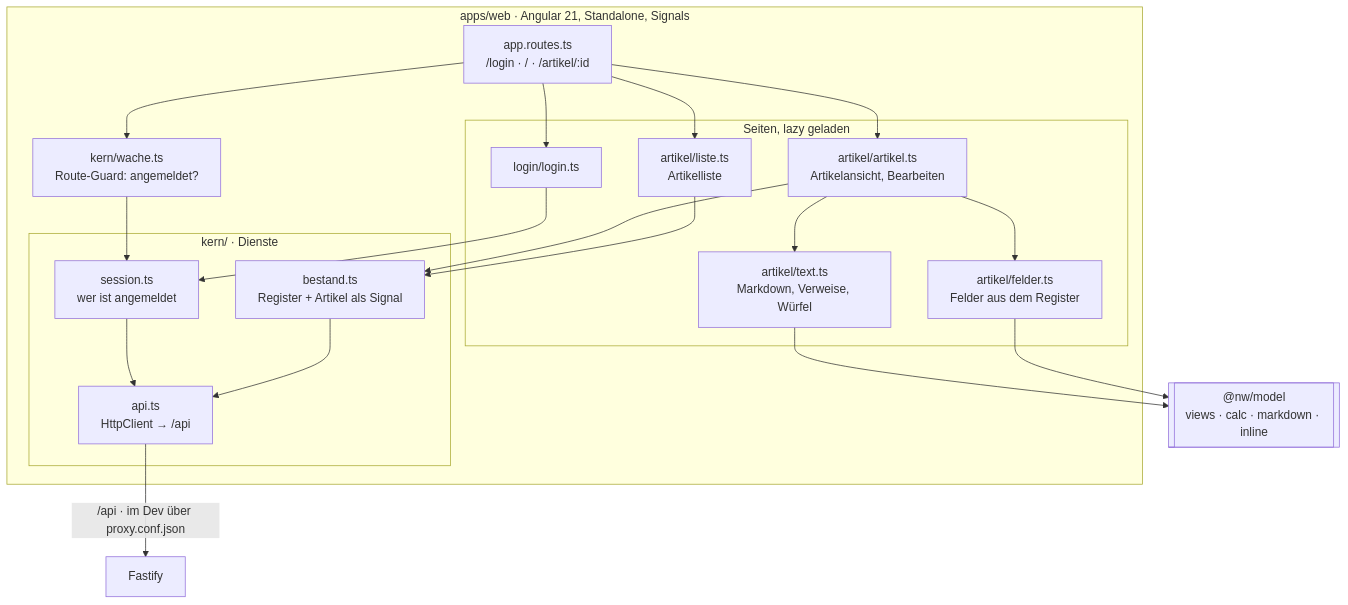
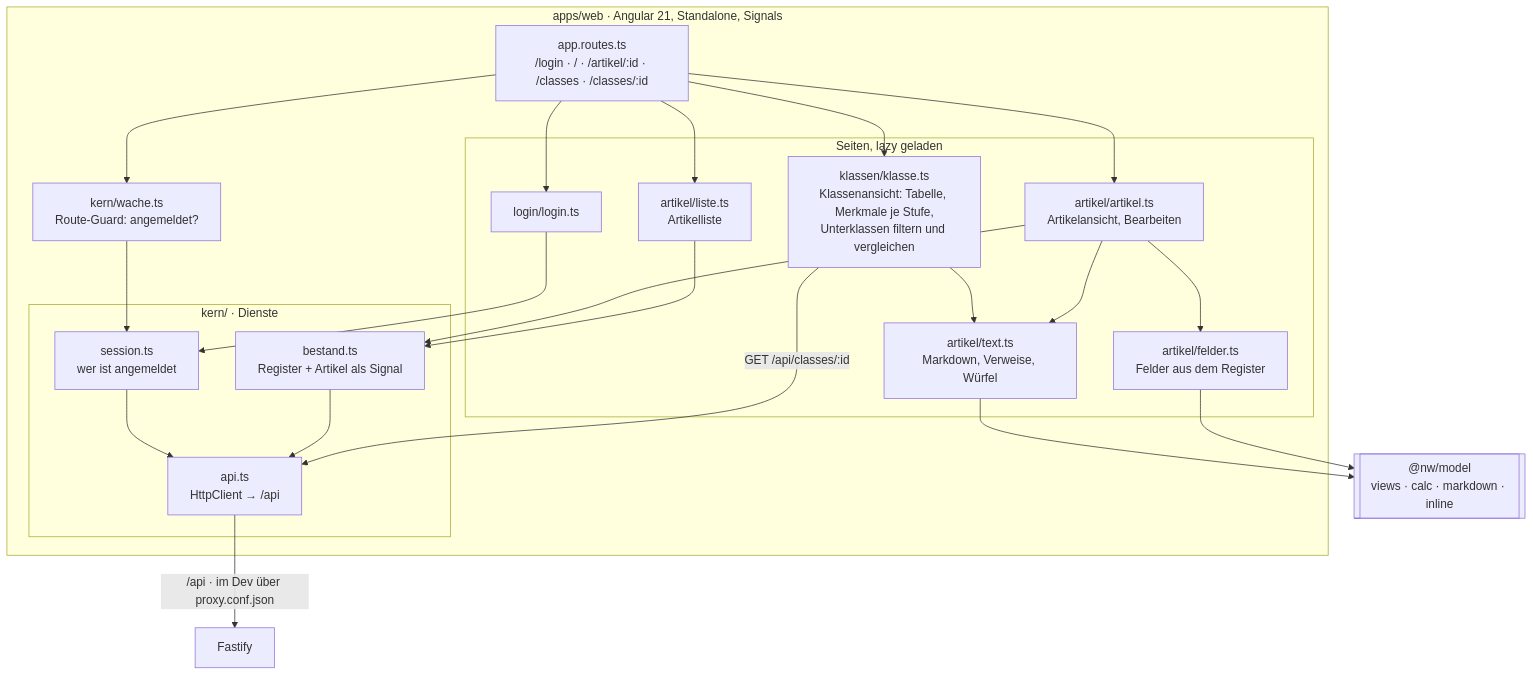
The sixth of 7 diagrams in docs/Architektur.md (Mrfudog/Atlas-Mentis), drawn with Mermaid before and after one commit. The commit also changed other lines of this file and 7 other files, not shown here.

First line of the commit message:
Klassenansicht: Modell und eine Server-Route für eine ganze Klasse

````diff
--- a/docs/Architektur.md
+++ b/docs/Architektur.md
@@ -267,27 +268,30 @@
 ```mermaid
 flowchart TB
   subgraph angular[apps/web · Angular 21, Standalone, Signals]
-    router[app.routes.ts<br/>/login · / · /artikel/:id]
+    router[app.routes.ts<br/>/login · / · /artikel/:id · /classes · /classes/:id]
     wache[kern/wache.ts<br/>Route-Guard: angemeldet?]
     subgraph seiten[Seiten, lazy geladen]
       login[login/login.ts]
       liste[artikel/liste.ts<br/>Artikelliste]
       artikel[artikel/artikel.ts<br/>Artikelansicht, Bearbeiten]
       felder[artikel/felder.ts<br/>Felder aus dem Register]
       text[artikel/text.ts<br/>Markdown, Verweise, Würfel]
+      klassen[klassen/klasse.ts<br/>Klassenansicht: Tabelle, Merkmale je Stufe,<br/>Unterklassen filtern und vergleichen]
     end
     subgraph kern[kern/ · Dienste]
       api[api.ts<br/>HttpClient → /api]
       bestand[bestand.ts<br/>Register + Artikel als Signal]
       session[session.ts<br/>wer ist angemeldet]
     end
   end
   model[["@nw/model<br/>views · calc · markdown · inline"]]
   router --> wache --> session
-  router --> login & liste & artikel
+  router --> login & liste & artikel & klassen
   artikel --> felder & text
+  klassen --> text
+  klassen -->|"GET /api/classes/:id"| api
   liste & artikel --> bestand --> api
   login --> session --> api
   felder & text --> model
   api -->|"/api · im Dev über proxy.conf.json"| srv[Fastify]
 ```
````
